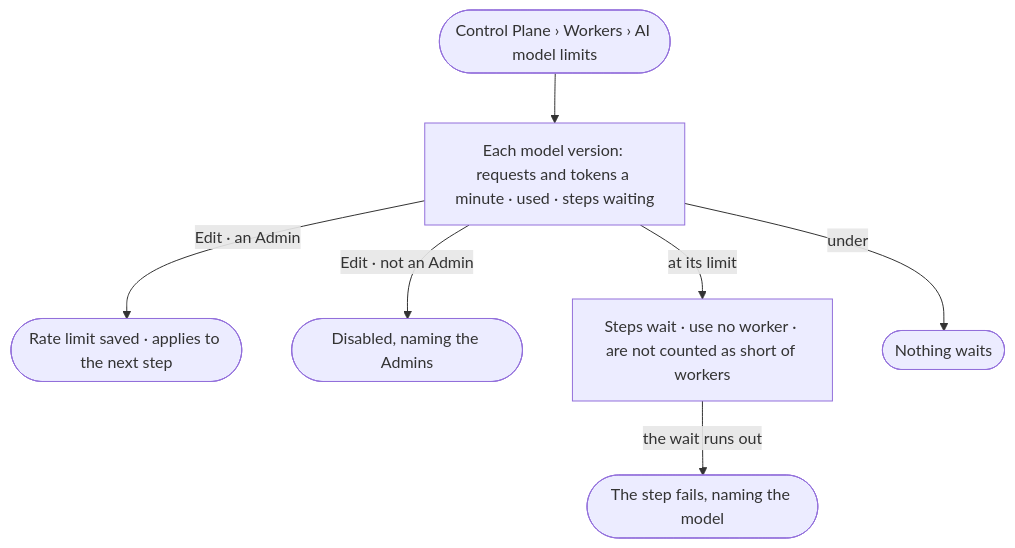
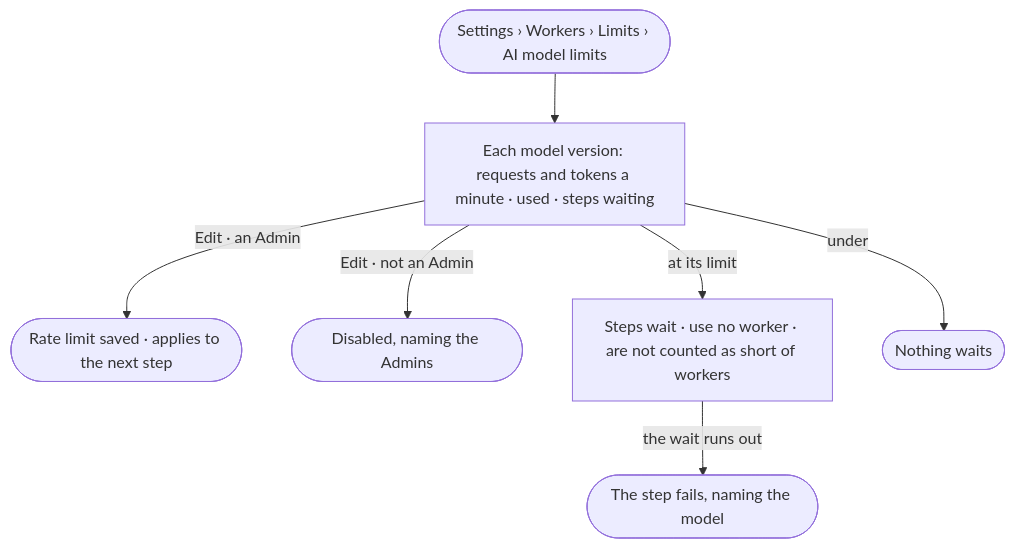
Before and after one commit to invana/invana: the diagram in specs/os/control/features/CP-F04-limits/stories/CP-13-see-each-ai-models-rate-limit-and-what-waits-on-it/story.md, drawn with Mermaid. The commit also changed other lines of this file and 456 other files, not shown here.

````diff
--- a/specs/os/control/features/CP-F04-limits/stories/CP-13-see-each-ai-models-rate-limit-and-what-waits-on-it/story.md
+++ b/specs/os/control/features/CP-F04-limits/stories/CP-13-see-each-ai-models-rate-limit-and-what-waits-on-it/story.md
@@ -26,9 +26,9 @@
 ```mermaid
 flowchart TD
-  s([Control Plane › Workers › AI model limits]) --> m["Each model version: requests and tokens a minute · used · steps waiting"]
+  s([Settings › Workers › Limits › AI model limits]) --> m["Each model version: requests and tokens a minute · used · steps waiting"]
   m -->|Edit · an Admin| ed(["Rate limit saved · applies to the next step"])
   m -->|Edit · not an Admin| ro(["Disabled, naming the Admins"])
   m -->|at its limit| w["Steps wait · use no worker · are not counted as short of workers"]
   w -->|the wait runs out| f(["The step fails, naming the model"])
   m -->|under| ok(["Nothing waits"])
 ```
````
